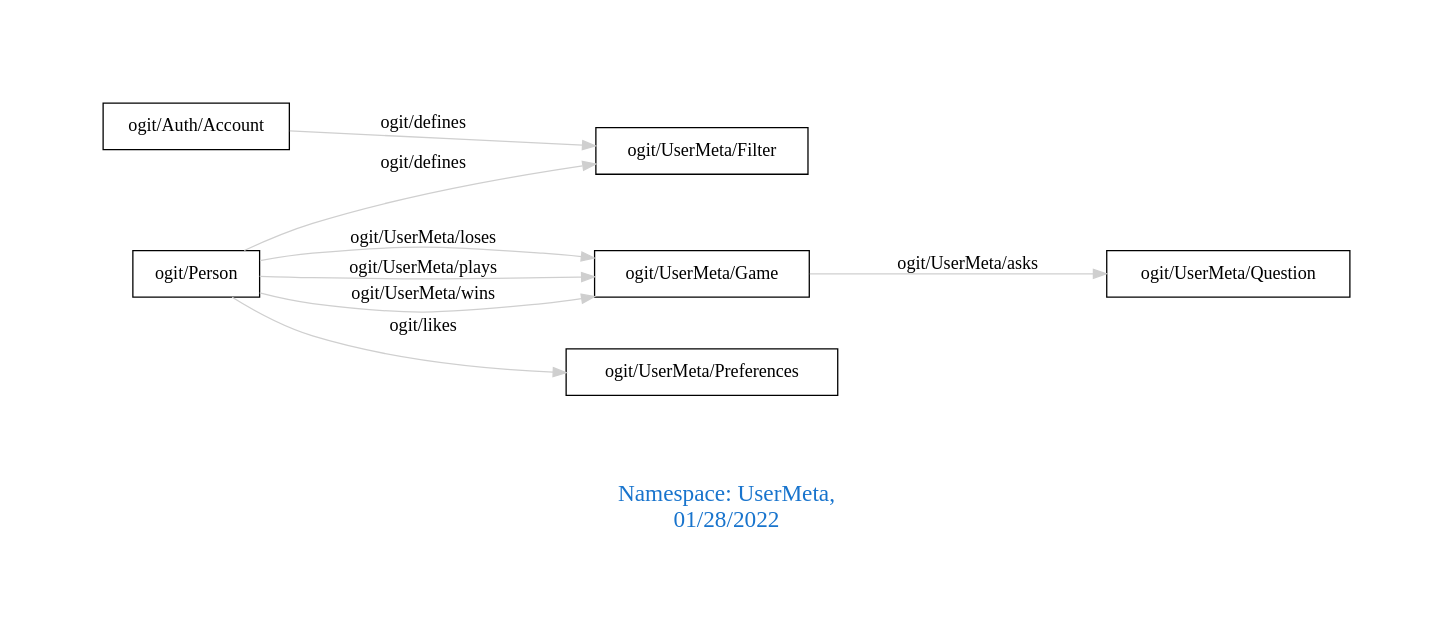
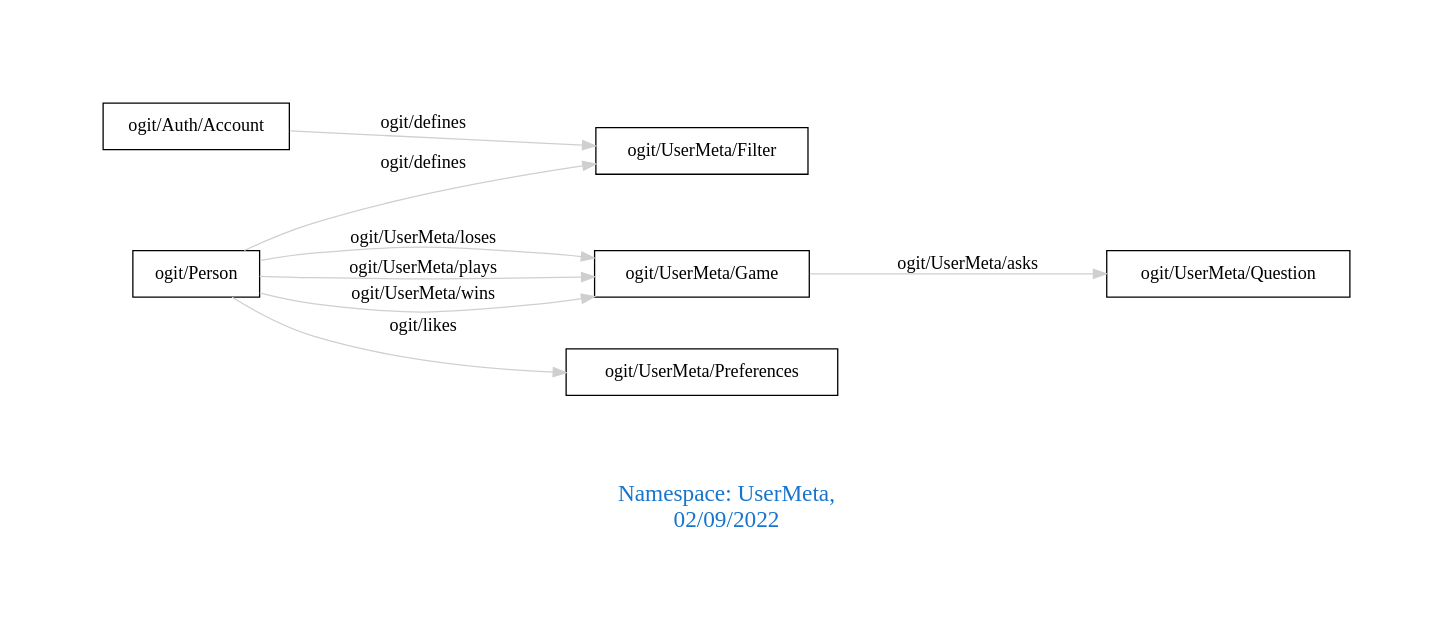
The diagram in downloads/UserMeta.dot (arago/OGIT), drawn with Graphviz before and after one commit. The commit also changed 1915 other files, not shown here.

```diff
--- a/downloads/UserMeta.dot
+++ b/downloads/UserMeta.dot
@@ -1,15 +1,15 @@
 digraph OGIT_ontology {
  graph [ rankdir= LR,pad=1 
 fontsize = 18,
-fontcolor= dodgerblue3,label = "\n\n\nNamespace: UserMeta, \n 01/28/2022"];
+fontcolor= dodgerblue3,label = "\n\n\nNamespace: UserMeta, \n 02/09/2022"];
 node[shape=polygon];
 edge [  color="gray81"];
 
    "ogit/Auth/Account" -> "ogit/UserMeta/Filter" [label="   ogit/defines    "];
    "ogit/Person" -> "ogit/UserMeta/Filter" [label="   ogit/defines    "];
    "ogit/UserMeta/Game" -> "ogit/UserMeta/Question" [label="   ogit/UserMeta/asks    "];
    "ogit/Person" -> "ogit/UserMeta/Preferences" [label="   ogit/likes    "];
    "ogit/Person" -> "ogit/UserMeta/Game" [label="   ogit/UserMeta/loses    "];
    "ogit/Person" -> "ogit/UserMeta/Game" [label="   ogit/UserMeta/plays    "];
    "ogit/Person" -> "ogit/UserMeta/Game" [label="   ogit/UserMeta/wins    "];
 }
```
